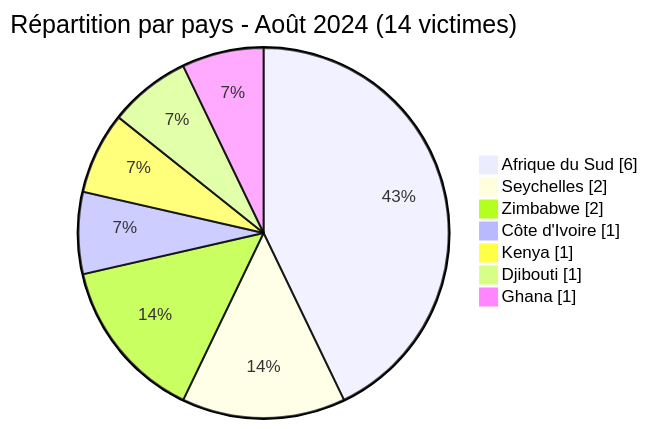
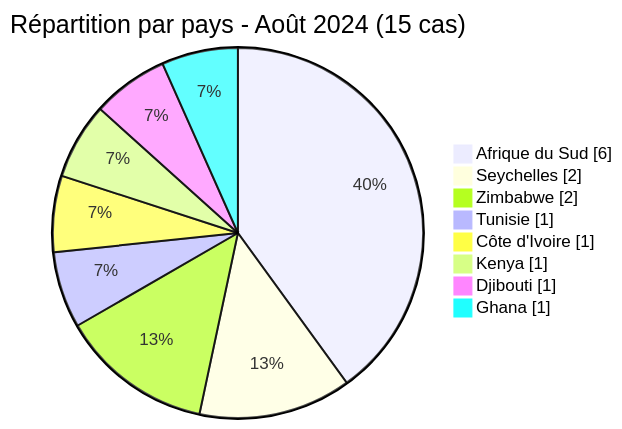
One commit to Hatchepsoute/AFRINTEL changed the second of 5 diagrams in CyberAttackAfrica/2024/08-august/README_FR.md. Above: the diagram before and after it, drawn with Mermaid. The commit also changed other lines of this file and 255 other files, not shown here.

````diff
--- a/CyberAttackAfrica/2024/08-august/README_FR.md
+++ b/CyberAttackAfrica/2024/08-august/README_FR.md
@@ -80,11 +82,12 @@
 ```mermaid
 pie showData
-    title Répartition par pays - Août 2024 (14 victimes)
+    title Répartition par pays - Août 2024 (15 cas)
     "Afrique du Sud" : 6
     "Seychelles" : 2
     "Zimbabwe" : 2
+    "Tunisie" : 1
     "Côte d'Ivoire" : 1
     "Kenya" : 1
     "Djibouti" : 1
     "Ghana" : 1
 ```
````
